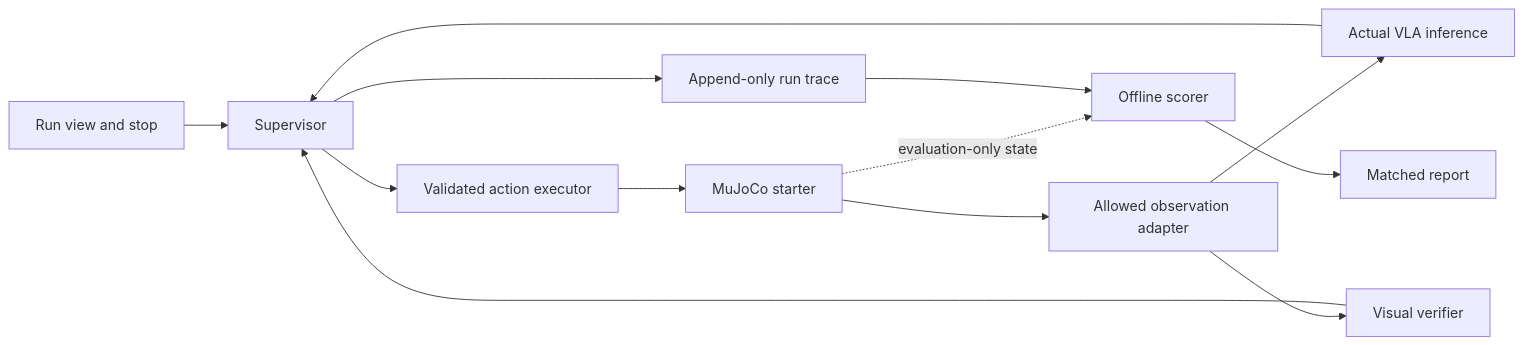
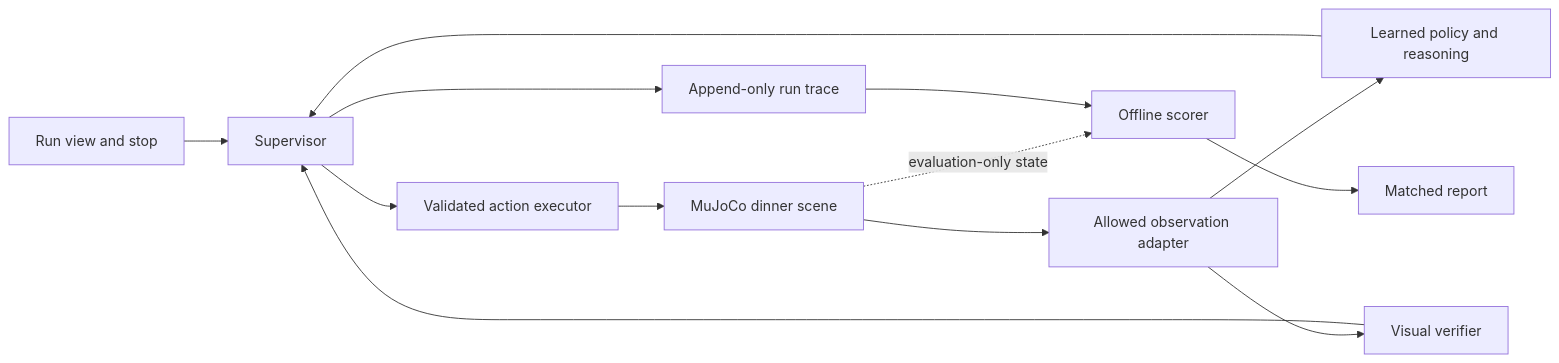
One commit to IZAQ18/infra-summit changed the diagram in docs/PRD.md. Above: the diagram before and after it, drawn with Mermaid. The commit also changed other lines of this file and 3 other files, not shown here.

````diff
--- a/docs/PRD.md
+++ b/docs/PRD.md
@@ -124,15 +129,15 @@
 ```mermaid
 flowchart LR
     UI[Run view and stop] --> S[Supervisor]
-    SIM[MuJoCo starter] --> O[Allowed observation adapter]
-    O --> P[Actual VLA inference]
+    SIM[MuJoCo dinner scene] --> O[Allowed observation adapter]
+    O --> P[Learned policy and reasoning]
     O --> V[Visual verifier]
     P --> S
     V --> S
     S --> X[Validated action executor]
     X --> SIM
     S --> T[Append-only run trace]
     SIM -. evaluation-only state .-> E[Offline scorer]
     T --> E
     E --> R[Matched report]
 ```
````
